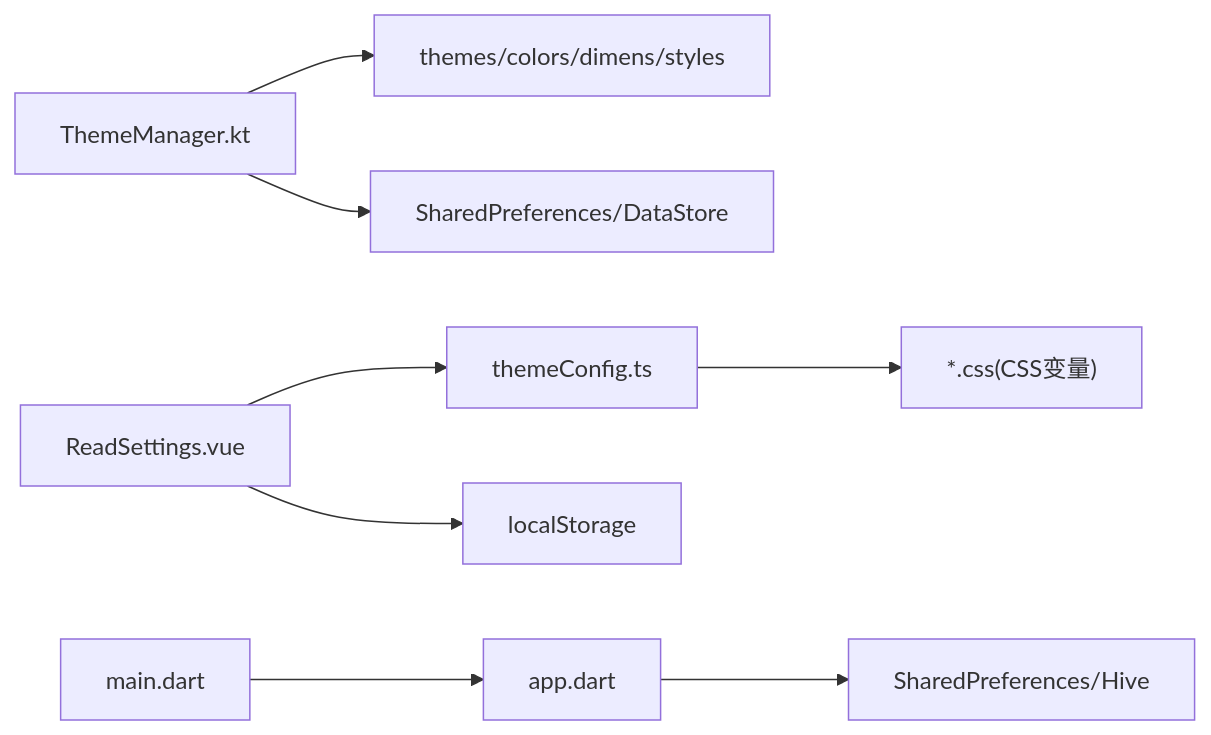
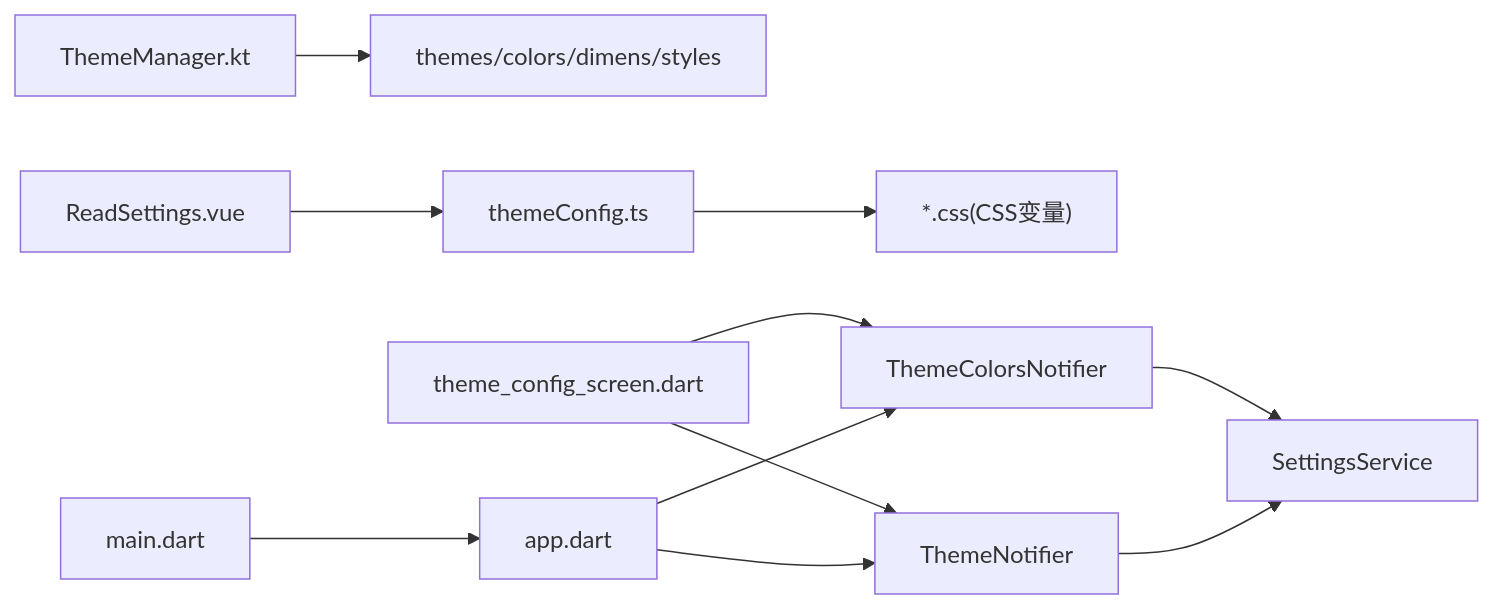
The fourth of 4 diagrams in .qoder/repowiki/zh/content/Web管理界面/主题系统.md (ZhangGHGitHub/LegadoTeamFlutter), drawn with Mermaid before and after one commit. The commit also changed other lines of this file and 173 other files, not shown here.

````diff
--- a/.qoder/repowiki/zh/content/Web管理界面/主题系统.md
+++ b/.qoder/repowiki/zh/content/Web管理界面/主题系统.md
@@ -286,10 +255,13 @@
 ```mermaid
 graph LR
 A_Manager["ThemeManager.kt"] --> A_Res["themes/colors/dimens/styles"]
-A_Manager --> A_Store["SharedPreferences/DataStore"]
 W_Settings["ReadSettings.vue"] --> W_Config["themeConfig.ts"]
 W_Config --> W_CSS["*.css(CSS变量)"]
-W_Settings --> W_Store["localStorage"]
 F_Main["main.dart"] --> F_App["app.dart"]
-F_App --> F_Store["SharedPreferences/Hive"]
+F_Screen["theme_config_screen.dart"] --> F_Colors["ThemeColorsNotifier"]
+F_Screen --> F_Theme["ThemeNotifier"]
+F_Colors --> F_Settings["SettingsService"]
+F_Theme --> F_Settings
+F_App --> F_Colors
+F_App --> F_Theme
 ```
````
